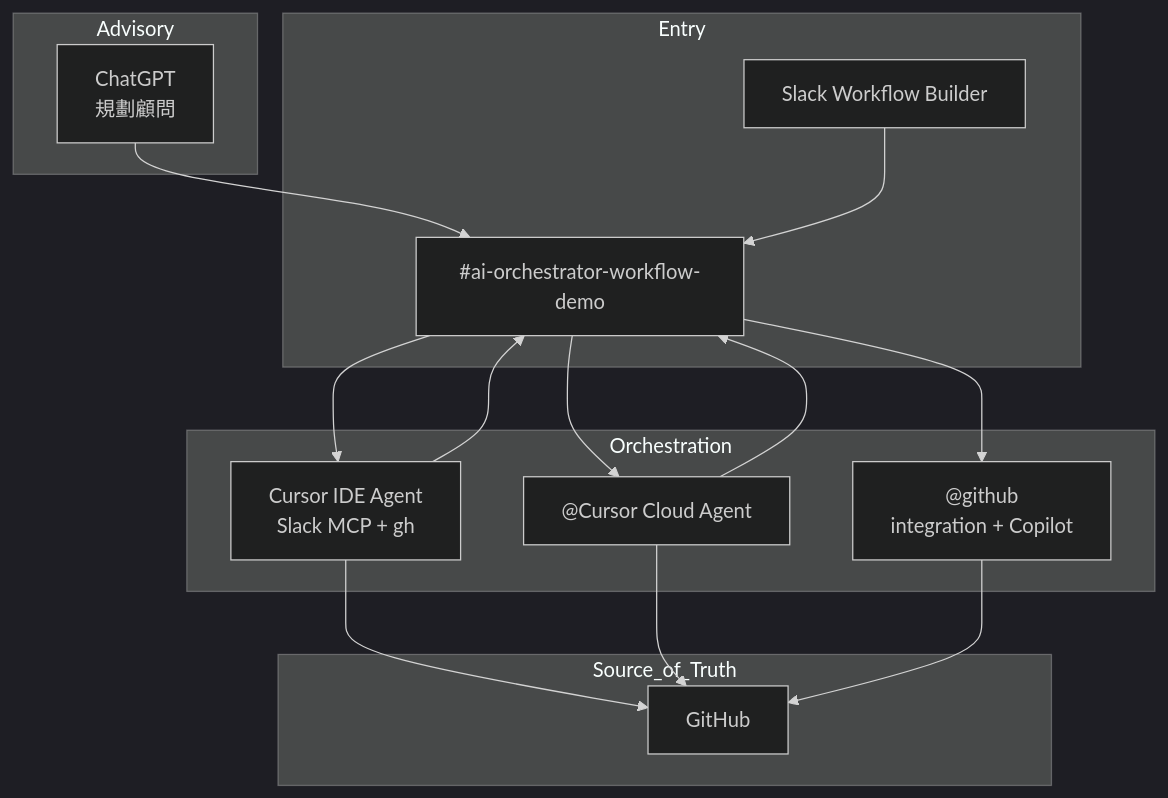
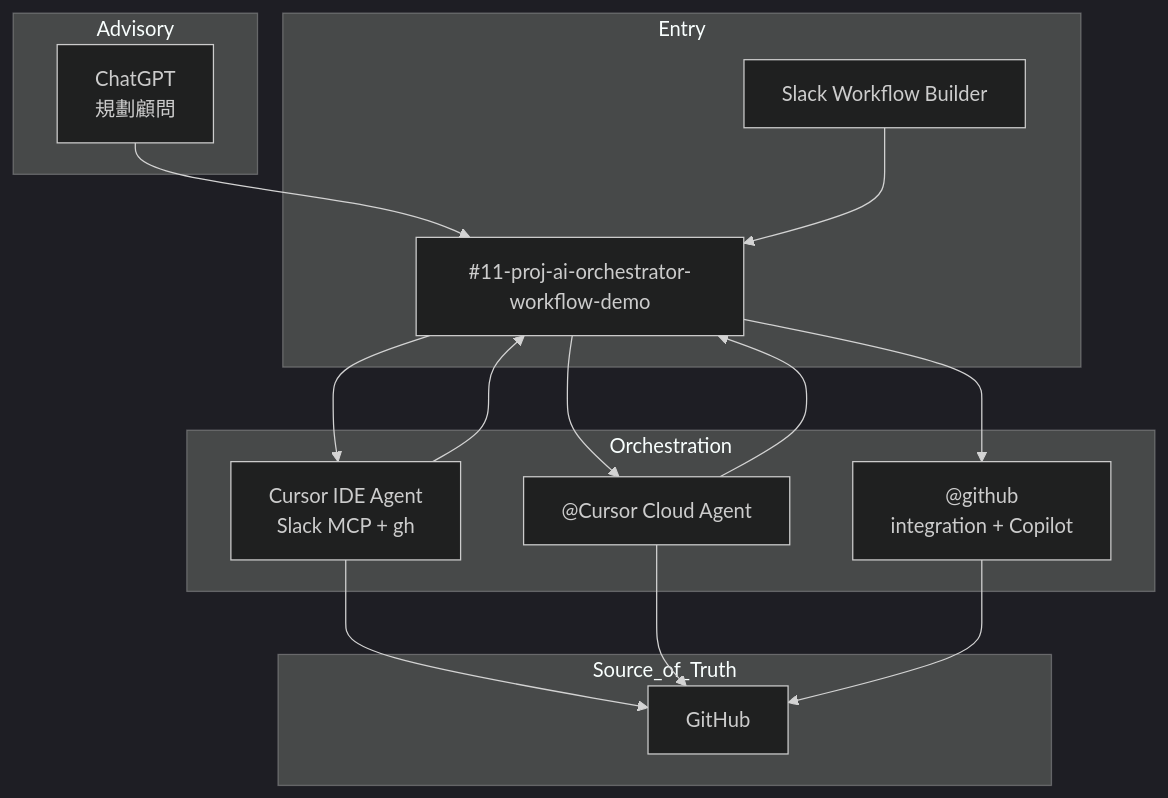
One commit to chang180/ai-orchestrator-workflow-demo changed the diagram in docs/architecture.md. Above: the diagram before and after it, drawn with Mermaid (dark theme). The commit also changed 14 other files, not shown here.

First line of the commit message:
docs: 本專案 Slack 頻道改為 11-proj-ai-orchestrator-workflow-demo

````diff
--- a/docs/architecture.md
+++ b/docs/architecture.md
@@ -5,32 +5,32 @@
 ```mermaid
 flowchart TB
   subgraph advisory [Advisory]
     ChatGPT["ChatGPT\n規劃顧問"]
   end
 
   subgraph entry [Entry]
     SlackWF["Slack Workflow Builder"]
-    SlackCh["#ai-orchestrator-workflow-demo"]
+    SlackCh["#11-proj-ai-orchestrator-workflow-demo"]
   end
 
   subgraph orchestration [Orchestration]
     CursorIDE["Cursor IDE Agent\nSlack MCP + gh"]
     CursorCloud["@Cursor Cloud Agent"]
     GitHubApp["@github\nintegration + Copilot"]
   end
 
   subgraph truth [Source_of_Truth]
     GitHub["GitHub"]
   end
 
   ChatGPT --> SlackCh
   SlackWF --> SlackCh
   SlackCh --> CursorIDE
   SlackCh --> CursorCloud
   SlackCh --> GitHubApp
   CursorIDE --> GitHub
   CursorCloud --> GitHub
   GitHubApp --> GitHub
   CursorIDE --> SlackCh
   CursorCloud --> SlackCh
 ```
````
